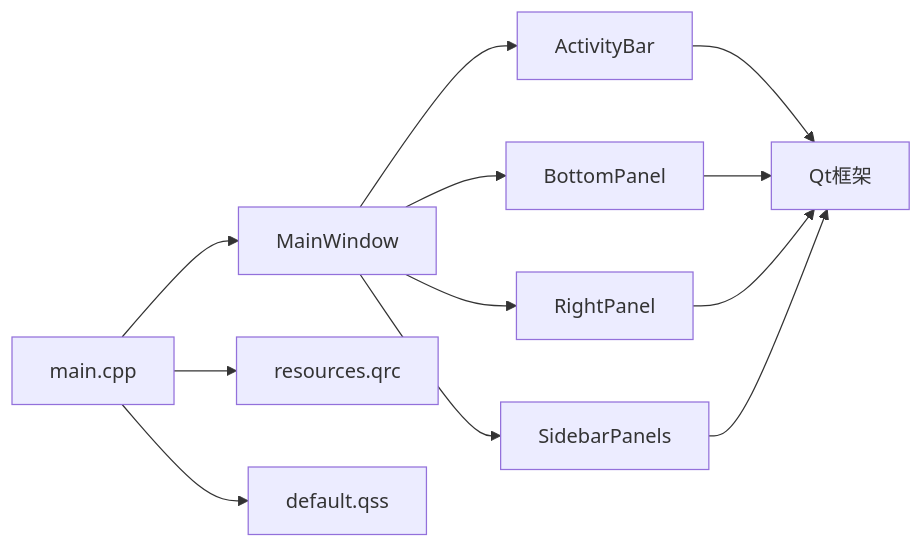
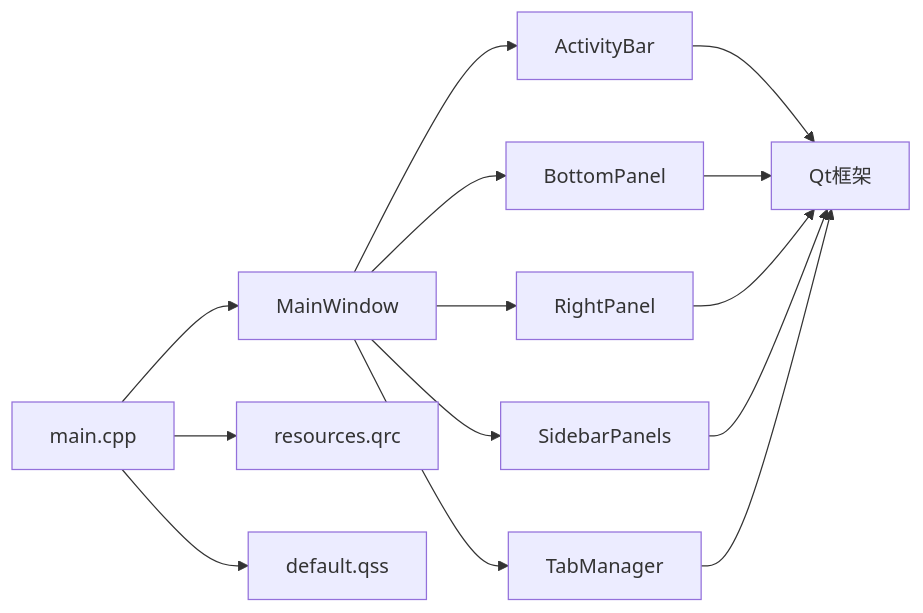
Before and after one commit to jakecai1225-design/OpenBus: the fourth of 4 diagrams in .qoder/repowiki/zh/content/架构设计/主窗口组件架构.md, drawn with Mermaid. The commit also changed other lines of this file and 32 other files, not shown here.

````diff
--- a/.qoder/repowiki/zh/content/架构设计/主窗口组件架构.md
+++ b/.qoder/repowiki/zh/content/架构设计/主窗口组件架构.md
@@ -341,14 +355,16 @@
 ```mermaid
 graph LR
 Main["main.cpp"] --> MW["MainWindow"]
 MW --> AB["ActivityBar"]
 MW --> BP["BottomPanel"]
 MW --> RP["RightPanel"]
 MW --> SP["SidebarPanels"]
+MW --> TAB["TabManager"]
 AB --> Qt["Qt框架"]
 BP --> Qt
 RP --> Qt
 SP --> Qt
+TAB --> Qt
 Main --> Res["resources.qrc"]
 Main --> QSS["default.qss"]
 ```
````
